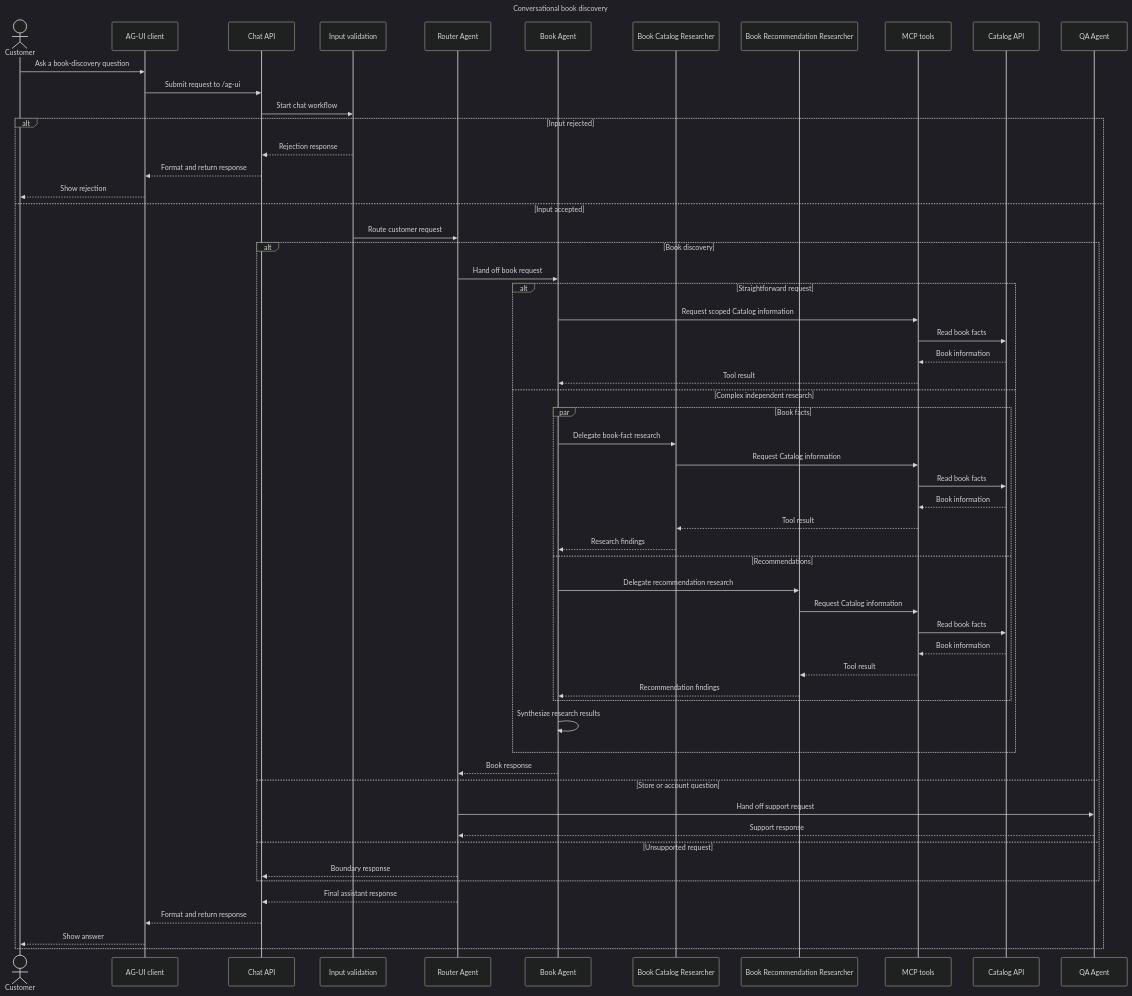
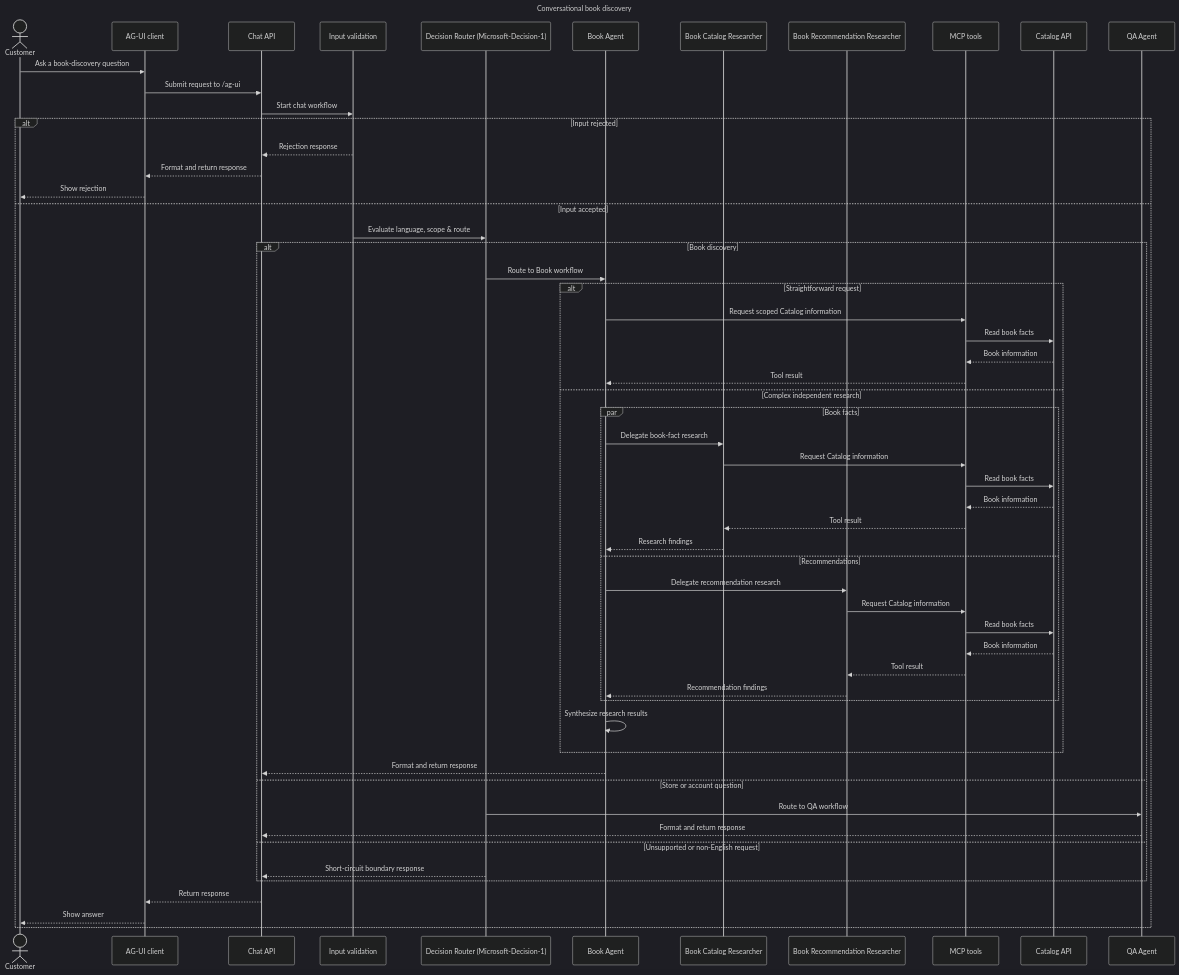
The diagram in docs/docs/arc42/06-runtime-view/mermaids/conversational-book-discovery.mmd (foxminchan/BookWorm), drawn with Mermaid (dark theme) before and after one commit. The commit also changed 80 other files, not shown here.

Commit message:
feat(chat): introduce decision routing with Foundry System 1 client (#1842)

```diff
--- a/docs/docs/arc42/06-runtime-view/mermaids/conversational-book-discovery.mmd
+++ b/docs/docs/arc42/06-runtime-view/mermaids/conversational-book-discovery.mmd
@@ -1,64 +1,63 @@
 ---
 title: Conversational book discovery
 ---
 sequenceDiagram
 	actor Customer
 	participant Client as AG-UI client
 	participant Chat as Chat API
 	participant Validation as Input validation
-	participant Router as Router Agent
+	participant DecisionRouter as Decision Router (Microsoft-Decision-1)
 	participant Book as Book Agent
 	participant CatalogResearcher as Book Catalog Researcher
 	participant RecommendationResearcher as Book Recommendation Researcher
 	participant MCP as MCP tools
 	participant Catalog as Catalog API
 	participant QA as QA Agent
 
 	Customer ->> Client: Ask a book-discovery question
 	Client ->> Chat: Submit request to /ag-ui
 	Chat ->> Validation: Start chat workflow
 
 	alt Input rejected
 		Validation -->> Chat: Rejection response
 		Chat -->> Client: Format and return response
 		Client -->> Customer: Show rejection
 	else Input accepted
-		Validation ->> Router: Route customer request
+		Validation ->> DecisionRouter: Evaluate language, scope & route
 
 		alt Book discovery
-			Router ->> Book: Hand off book request
+			DecisionRouter ->> Book: Route to Book workflow
 
 			alt Straightforward request
 				Book ->> MCP: Request scoped Catalog information
 				MCP ->> Catalog: Read book facts
 				Catalog -->> MCP: Book information
 				MCP -->> Book: Tool result
 			else Complex independent research
 				par Book facts
 					Book ->> CatalogResearcher: Delegate book-fact research
 					CatalogResearcher ->> MCP: Request Catalog information
 					MCP ->> Catalog: Read book facts
 					Catalog -->> MCP: Book information
 					MCP -->> CatalogResearcher: Tool result
 					CatalogResearcher -->> Book: Research findings
 				and Recommendations
 					Book ->> RecommendationResearcher: Delegate recommendation research
 					RecommendationResearcher ->> MCP: Request Catalog information
 					MCP ->> Catalog: Read book facts
 					Catalog -->> MCP: Book information
 					MCP -->> RecommendationResearcher: Tool result
 					RecommendationResearcher -->> Book: Recommendation findings
 				end
 				Book ->> Book: Synthesize research results
 			end
-			Book -->> Router: Book response
+			Book -->> Chat: Format and return response
 		else Store or account question
-			Router ->> QA: Hand off support request
-			QA -->> Router: Support response
-		else Unsupported request
-			Router -->> Chat: Boundary response
+			DecisionRouter ->> QA: Route to QA workflow
+			QA -->> Chat: Format and return response
+		else Unsupported or non-English request
+			DecisionRouter -->> Chat: Short-circuit boundary response
 		end
-		Router -->> Chat: Final assistant response
-		Chat -->> Client: Format and return response
+		Chat -->> Client: Return response
 		Client -->> Customer: Show answer
 	end
```
